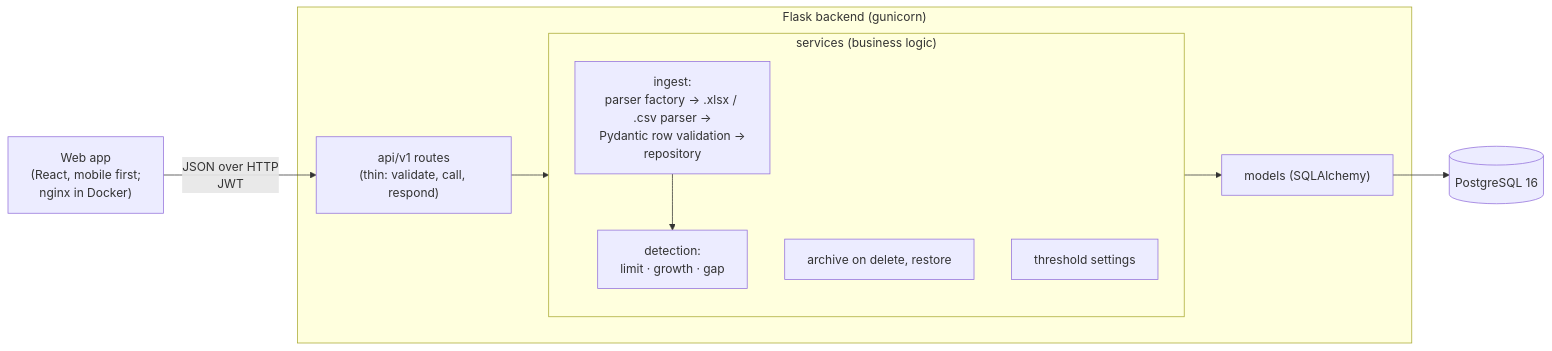
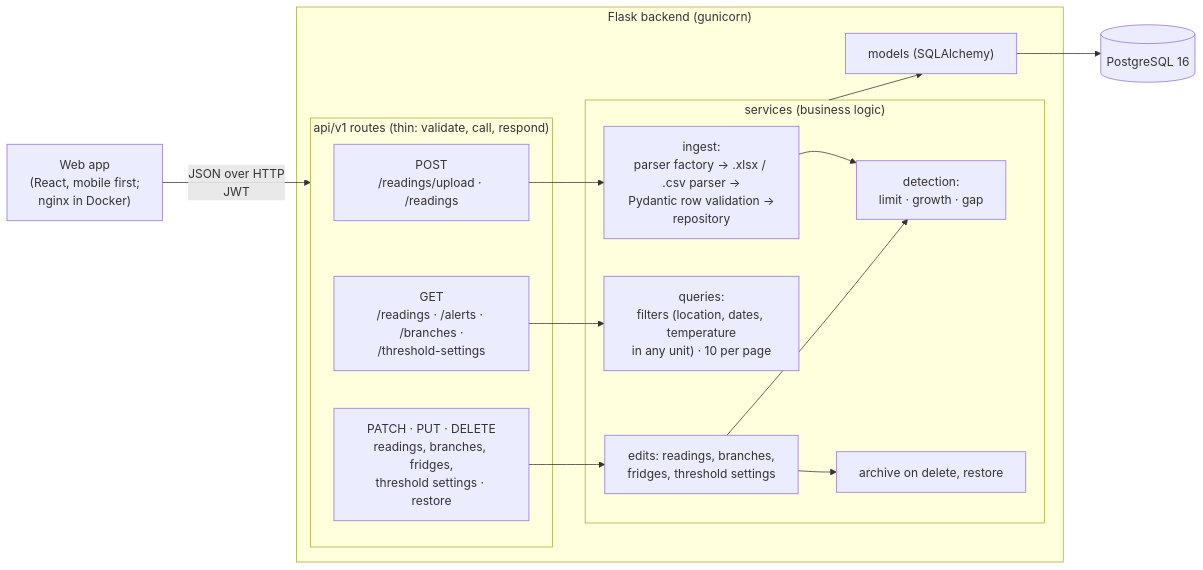
Before and after one commit to YonatanHen/squanchy-bakery-tracker: the first of 2 diagrams in README.md, drawn with Mermaid. The commit also changed other lines of this file, not shown here.

Commit message:
README: architecture shows the GET, POST and edit paths through the services

````diff
--- a/README.md
+++ b/README.md
@@ -74,16 +74,26 @@
 ```mermaid
 flowchart LR
     UI["Web app<br/>(React, mobile first;<br/>nginx in Docker)"] -->|"JSON over HTTP<br/>JWT"| API
     subgraph Backend["Flask backend (gunicorn)"]
-        API["api/v1 routes<br/>(thin: validate, call, respond)"] --> SVC
+        subgraph API["api/v1 routes (thin: validate, call, respond)"]
+            POST["POST<br/>/readings/upload · /readings"]
+            GET["GET<br/>/readings · /alerts · /branches ·<br/>/threshold-settings"]
+            EDIT["PATCH · PUT · DELETE<br/>readings, branches, fridges,<br/>threshold settings · restore"]
+        end
         subgraph SVC["services (business logic)"]
             ING["ingest:<br/>parser factory → .xlsx / .csv parser →<br/>Pydantic row validation →<br/>repository"]
+            QRY["queries:<br/>filters (location, dates, temperature<br/>in any unit) · 10 per page"]
+            CHG["edits: readings, branches,<br/>fridges, threshold settings"]
             DET["detection:<br/>limit · growth · gap"]
             ARC["archive on delete, restore"]
-            THR["threshold settings"]
         end
+        POST --> ING
+        GET --> QRY
+        EDIT --> CHG
+        ING --> DET
+        CHG --> DET
+        CHG --> ARC
         SVC --> MOD["models (SQLAlchemy)"]
     end
     MOD --> DB[("PostgreSQL 16")]
-    ING --> DET
 ```
````
